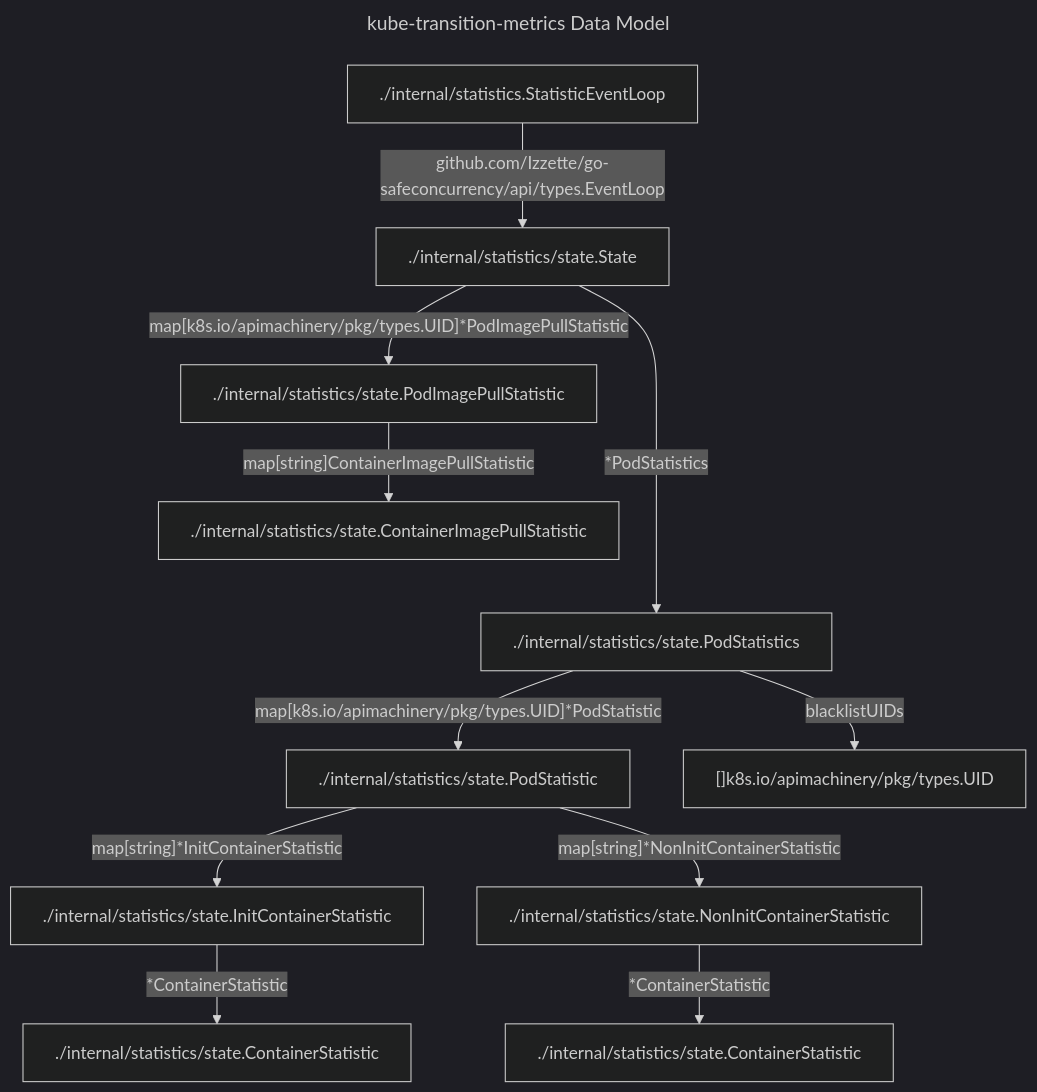
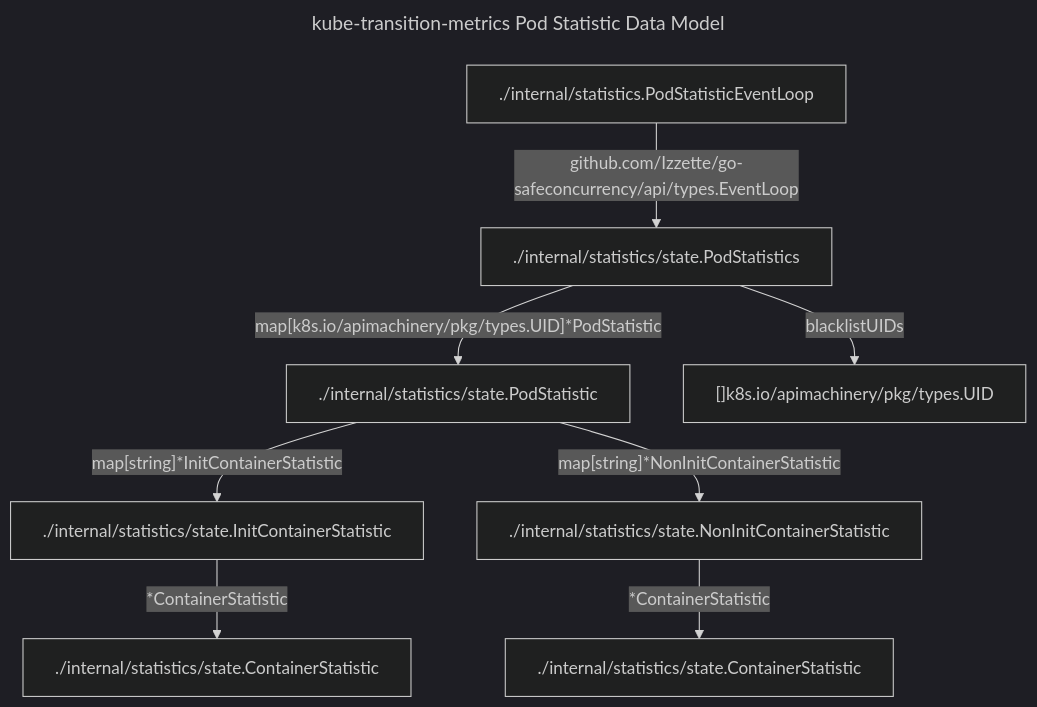
One commit to backmarket-oss/kube-transition-metrics changed the fourth of 6 diagrams in doc/ARCHITECTURE.md. Above: the diagram before and after it, drawn with Mermaid (dark theme). The commit also changed other lines of this file, not shown here.

````diff
--- a/doc/ARCHITECTURE.md
+++ b/doc/ARCHITECTURE.md
@@ -132,30 +139,22 @@
 ```mermaid
 ---
-title: "kube-transition-metrics Data Model"
+title: "kube-transition-metrics Pod Statistic Data Model"
 ---
 flowchart TD
-    StatisticEventLoop["./internal/statistics.StatisticEventLoop"]
-    State["./internal/statistics/state.State"]
+    PodStatisticEventLoop["./internal/statistics.PodStatisticEventLoop"]
     PodStatistics["./internal/statistics/state.PodStatistics"]
     PodStatistic["./internal/statistics/state.PodStatistic"]
     blacklistUIDs["[]k8s.io/apimachinery/pkg/types.UID"]
     InitContainerStatistic["./internal/statistics/state.InitContainerStatistic"]
     NonInitContainerStatistic["./internal/statistics/state.NonInitContainerStatistic"]
-    PodImagePullStatistic["./internal/statistics/state.PodImagePullStatistic"]
-    ContainerImagePullStatistic["./internal/statistics/state.ContainerImagePullStatistic"]
 
-    StatisticEventLoop -->|"github.com/Izzette/go-safeconcurrency/api/types.EventLoop"| State
-    State
-        -->|"map[k8s.io/apimachinery/pkg/types.UID]*PodImagePullStatistic"| PodImagePullStatistic
-        -->|"map[string]ContainerImagePullStatistic"| ContainerImagePullStatistic
-    State ---->|"*PodStatistics"| PodStatistics
+    PodStatisticEventLoop -->|"github.com/Izzette/go-safeconcurrency/api/types.EventLoop"| PodStatistics
     PodStatistics -->|"blacklistUIDs"| blacklistUIDs
     PodStatistics -->|"map[k8s.io/apimachinery/pkg/types.UID]*PodStatistic"| PodStatistic
     PodStatistic
         -->|"map[string]*InitContainerStatistic"| InitContainerStatistic
         -->|"*ContainerStatistic"| ContainerStatistic_ForInit["./internal/statistics/state.ContainerStatistic"]
     PodStatistic
         -->|"map[string]*NonInitContainerStatistic"| NonInitContainerStatistic
         -->|"*ContainerStatistic"| ContainerStatistic_ForNonInit["./internal/statistics/state.ContainerStatistic"]
-
 ```
````
